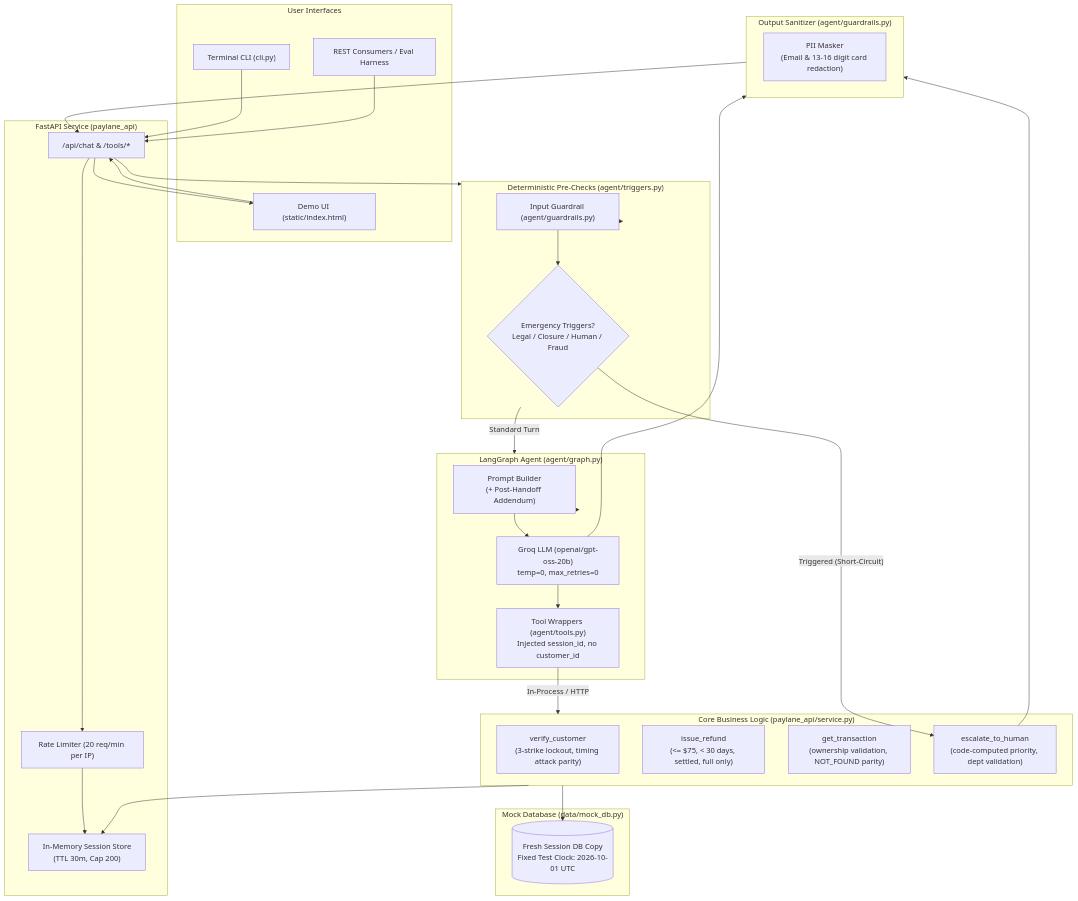
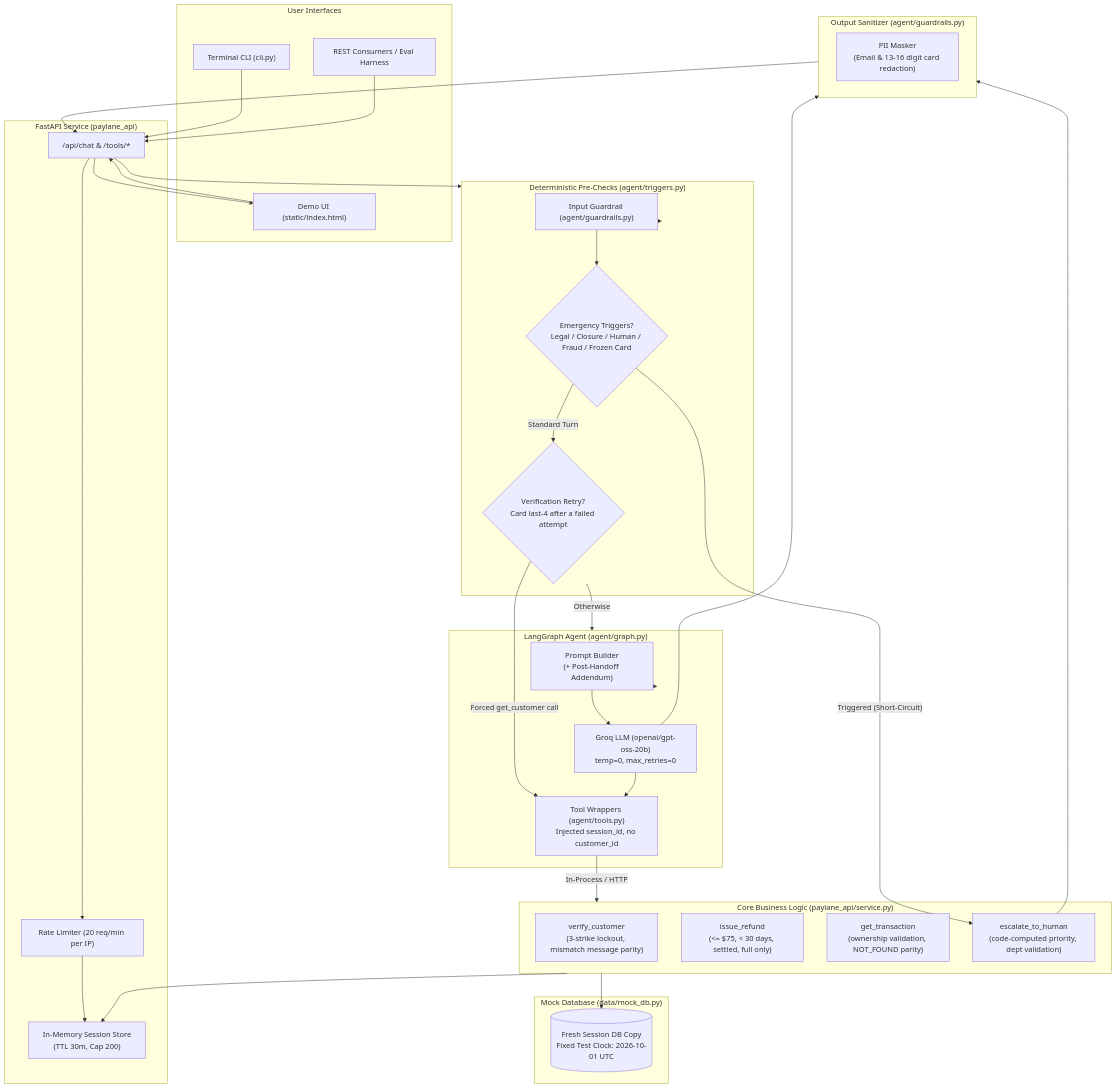
The diagram in README.md (prathammande2403/Paylane-Support-Agent), drawn with Mermaid before and after one commit. The commit also changed other lines of this file, not shown here.

````diff
--- a/README.md
+++ b/README.md
@@ -31,60 +31,63 @@
 ```mermaid
 flowchart TD
     subgraph Client["User Interfaces"]
         UI["Demo UI (static/index.html)"]
         CLI["Terminal CLI (cli.py)"]
         API_Client["REST Consumers / Eval Harness"]
     end
 
     subgraph API["FastAPI Service (paylane_api)"]
         Endpoint["/api/chat & /tools/*"]
         RateLimit["Rate Limiter (20 req/min per IP)"]
         SessionStore["In-Memory Session Store<br/>(TTL 30m, Cap 200)"]
     end
 
     subgraph PreCheck["Deterministic Pre-Checks (agent/triggers.py)"]
         Guard["Input Guardrail (agent/guardrails.py)"]
-        Triggers{"Emergency Triggers?<br/>Legal / Closure / Human / Fraud"}
+        Triggers{"Emergency Triggers?<br/>Legal / Closure / Human / Fraud / Frozen Card"}
+        Retry{"Verification Retry?<br/>Card last-4 after a failed attempt"}
     end
 
     subgraph Agent["LangGraph Agent (agent/graph.py)"]
         PromptBuilder["Prompt Builder<br/>(+ Post-Handoff Addendum)"]
         GroqLLM["Groq LLM (openai/gpt-oss-20b)<br/>temp=0, max_retries=0"]
         ToolWrappers["Tool Wrappers (agent/tools.py)<br/>Injected session_id, no customer_id"]
     end
 
     subgraph ServiceLayer["Core Business Logic (paylane_api/service.py)"]
-        VerifyRules["verify_customer<br/>(3-strike lockout, timing attack parity)"]
+        VerifyRules["verify_customer<br/>(3-strike lockout, mismatch message parity)"]
         RefundRules["issue_refund<br/>(<= $75, < 30 days, settled, full only)"]
         TxnRules["get_transaction<br/>(ownership validation, NOT_FOUND parity)"]
         EscalateRules["escalate_to_human<br/>(code-computed priority, dept validation)"]
     end
 
     subgraph Data["Mock Database (data/mock_db.py)"]
         MockDB[("Fresh Session DB Copy<br/>Fixed Test Clock: 2026-10-01 UTC")]
     end
 
     subgraph PostCheck["Output Sanitizer (agent/guardrails.py)"]
         PIIFilter["PII Masker<br/>(Email & 13-16 digit card redaction)"]
     end
 
     UI --> Endpoint
     CLI --> Endpoint
     API_Client --> Endpoint
     Endpoint --> RateLimit --> SessionStore
 
     Endpoint --> PreCheck
     PreCheck --> Guard
     Guard --> Triggers
     Triggers -- "Triggered (Short-Circuit)" --> EscalateRules
-    Triggers -- "Standard Turn" --> Agent
+    Triggers -- "Standard Turn" --> Retry
+    Retry -- "Forced get_customer call" --> ToolWrappers
+    Retry -- "Otherwise" --> Agent
 
     Agent --> PromptBuilder --> GroqLLM --> ToolWrappers
     ToolWrappers -- "In-Process / HTTP" --> ServiceLayer
     ServiceLayer --> MockDB
     ServiceLayer --> SessionStore
 
     GroqLLM --> PostCheck
     EscalateRules --> PostCheck
     PostCheck --> Endpoint --> UI
 ```
````
